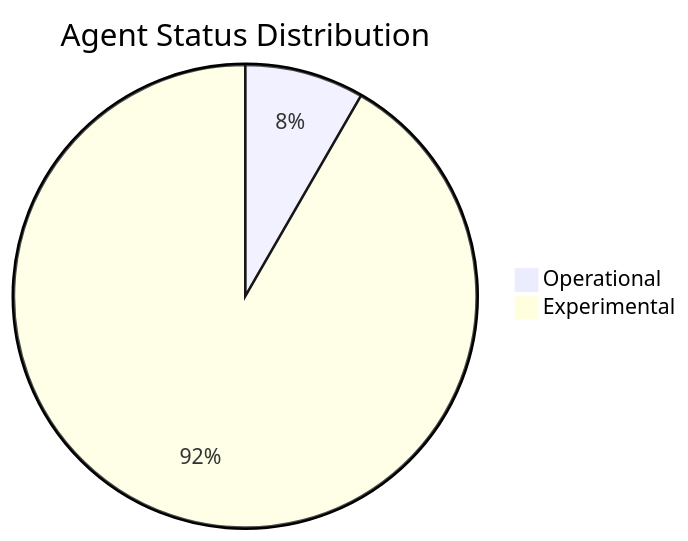
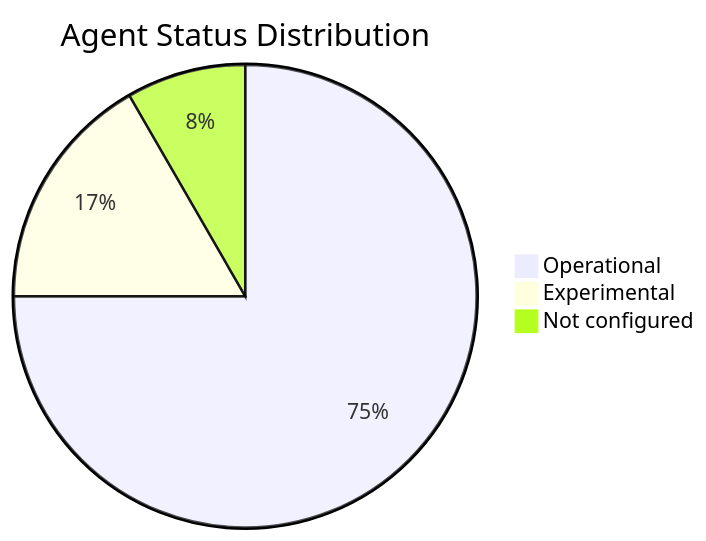
One commit to NISHANTKHARGA/terratrace-ai changed the first of 5 diagrams in README.md. Above: the diagram before and after it, drawn with Mermaid. The commit also changed other lines of this file, not shown here.

Commit message:
Update agent statuses: 9 operational, 2 experimental, 1 not configured

````diff
--- a/README.md
+++ b/README.md
@@ -54,6 +54,7 @@
 ```mermaid
 pie
     title Agent Status Distribution
-    "Operational" : 1
-    "Experimental" : 11
+    "Operational" : 9
+    "Experimental" : 2
+    "Not configured" : 1
 ```
````
